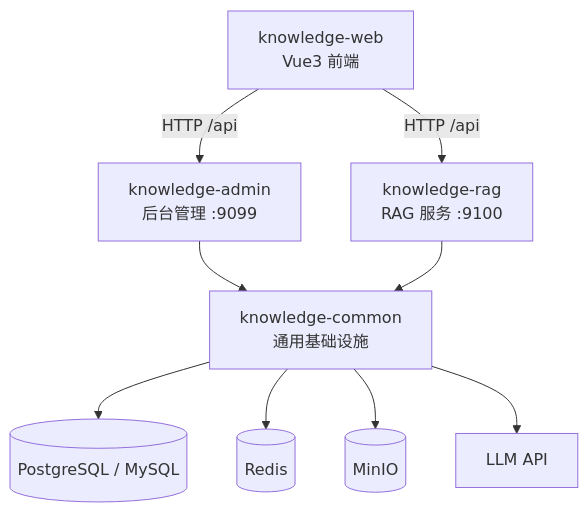
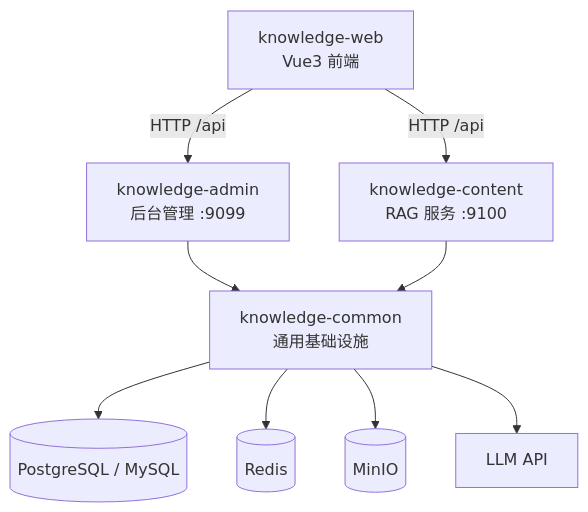
One commit to jiangwch03/knowledge changed the first of 4 diagrams in docs/architecture/系统架构总览.md. Above: the diagram before and after it, drawn with Mermaid. The commit also changed other lines of this file and 201 other files, not shown here.

First line of the commit message:
refactor: 项目重命名 knowledge-rag → knowledge-content（全栈）

````diff
--- a/docs/architecture/系统架构总览.md
+++ b/docs/architecture/系统架构总览.md
@@ -11,12 +11,12 @@
 ```mermaid
 graph TB
     Web["knowledge-web<br/>Vue3 前端"] -->|"HTTP /api"| Admin
     Web -->|"HTTP /api"| Rag
     Admin["knowledge-admin<br/>后台管理 :9099"] --> Common
-    Rag["knowledge-rag<br/>RAG 服务 :9100"] --> Common
+    Rag["knowledge-content<br/>RAG 服务 :9100"] --> Common
     Common["knowledge-common<br/>通用基础设施"]
     Common --> DB[(PostgreSQL / MySQL)]
     Common --> Redis[(Redis)]
     Common --> MinIO[(MinIO)]
     Common --> LLM["LLM API"]
 ```
````
